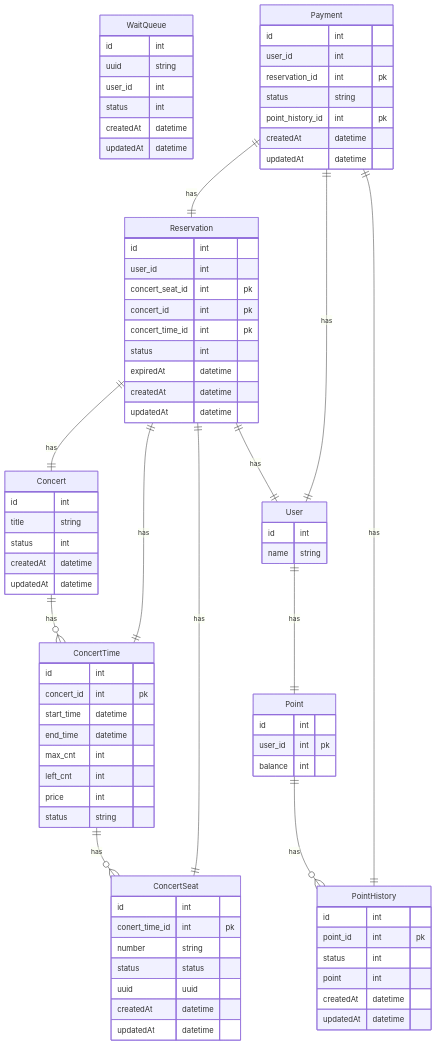
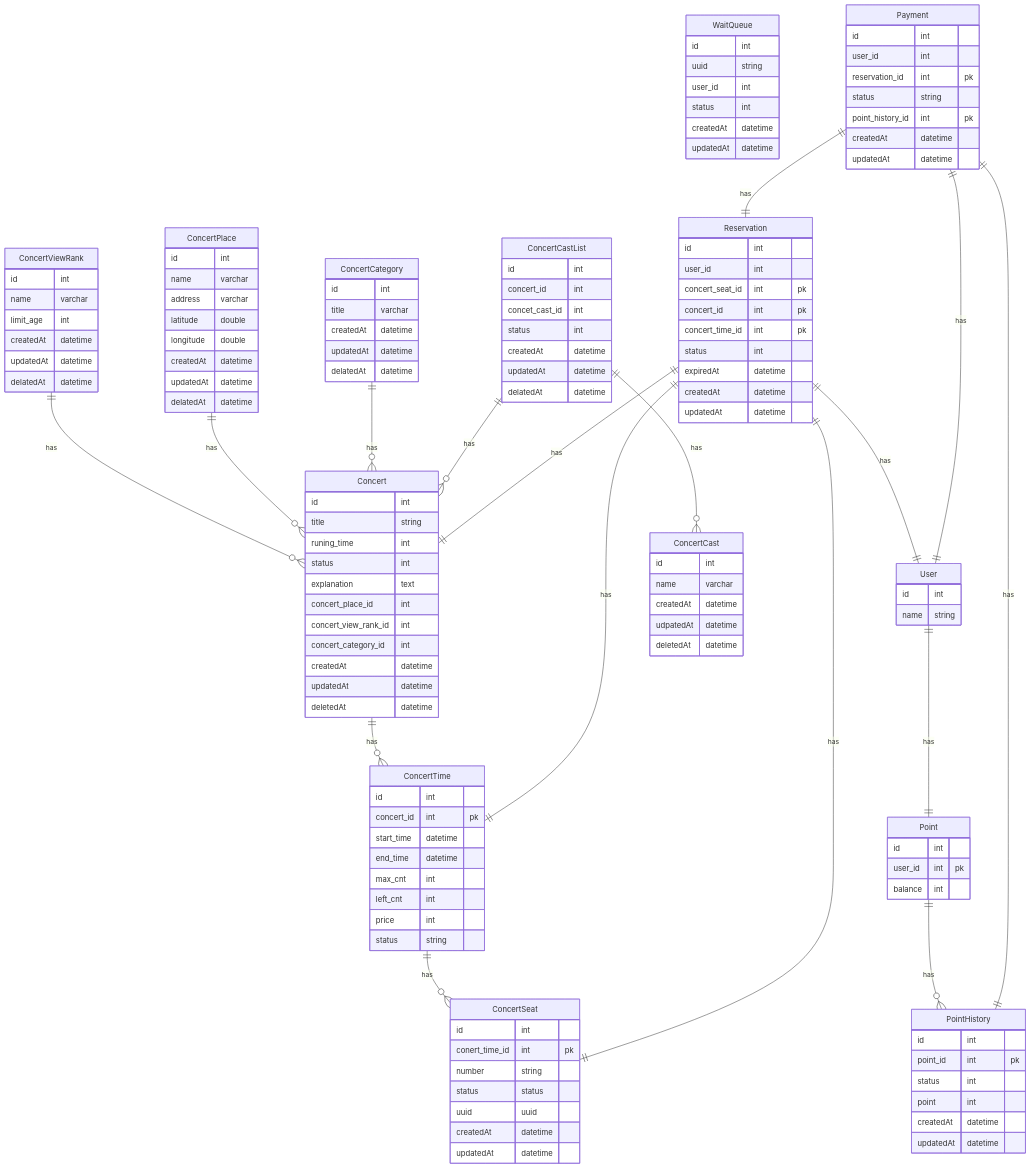
One commit to CureLatte/hhplus-concert-server-java changed the diagram in docs/ERD.md. Above: the diagram before and after it, drawn with Mermaid.

Commit message:
[FEAT] Concert 정보 확장  - 카테고리, 장소, 관람등급, 출연진 ERD 추가

```diff
--- a/docs/ERD.md
+++ b/docs/ERD.md
@@ -40,11 +40,96 @@
     Concert{
         id int 
         title string 
-        status int 
+        runing_time int
+        status int
+        explanation text
+        
+        concert_place_id int
+        concert_view_rank_id int
+        concert_category_id int
+        
+        
         createdAt datetime
         updatedAt datetime 
+        deletedAt datetime
     }
+
+
     Concert ||--o{ ConcertTime: has
+    
+    ConcertViewRank{
+        id int    
+        name varchar
+        limit_age int
+        
+        createdAt datetime
+        updatedAt datetime
+        delatedAt datetime
+    }
+
+ConcertViewRank ||--o{ Concert: has
+    
+   
+    
+
+    ConcertPlace {
+        id int
+        name varchar
+        address varchar 
+        latitude double
+        longitude double
+        
+        
+        createdAt datetime
+        updatedAt datetime 
+        delatedAt datetime
+            
+    }
+
+ConcertPlace ||--o{ Concert : has
+    
+     
+    ConcertCategory{
+        id int
+        title varchar
+        
+        
+
+        createdAt datetime
+        updatedAt datetime
+        delatedAt datetime
+    }
+    
+    ConcertCategory ||--o{ Concert: has
+     
+    ConcertCastList{
+        id int
+        concert_id int 
+        concet_cast_id int
+        status int
+        
+        createdAt datetime
+        updatedAt datetime
+        delatedAt datetime
+        
+    }
+
+    ConcertCastList ||--o{ ConcertCast: has
+    ConcertCastList ||--o{ Concert : has
+
+
+    ConcertCast{
+        id int
+        name varchar
+        
+        
+        createdAt datetime
+        udpatedAt datetime 
+        deletedAt datetime
+        
+    }  
+    
+
 
     ConcertTime {
         id int
```
